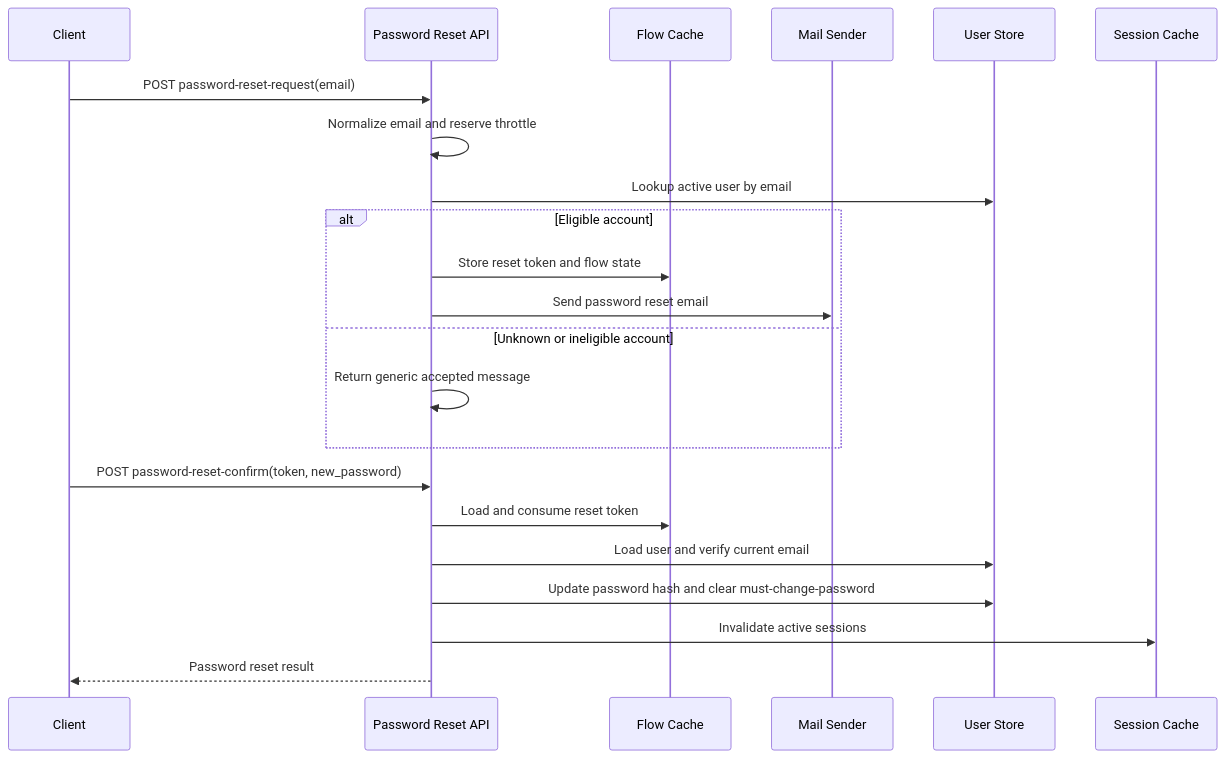
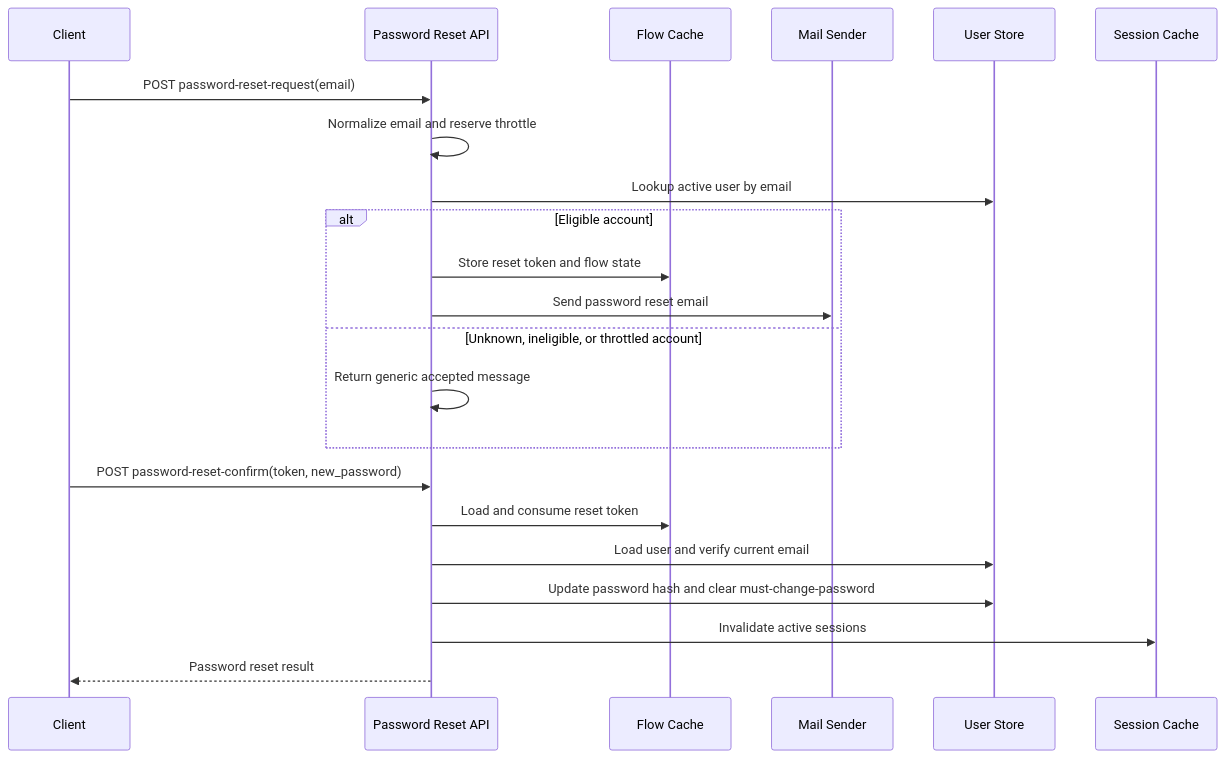
The third of 4 diagrams in module/iam/email_interfaces.md (hydroan/gst), drawn with Mermaid before and after one commit. The commit also changed other lines of this file, not shown here.

````diff
--- a/module/iam/email_interfaces.md
+++ b/module/iam/email_interfaces.md
@@ -81,25 +89,25 @@
 ```mermaid
 sequenceDiagram
     participant Client
     participant API as Password Reset API
     participant Cache as Flow Cache
     participant Mail as Mail Sender
     participant User as User Store
     participant Session as Session Cache
 
     Client->>API: POST password-reset-request(email)
     API->>API: Normalize email and reserve throttle
     API->>User: Lookup active user by email
     alt Eligible account
         API->>Cache: Store reset token and flow state
         API->>Mail: Send password reset email
-    else Unknown or ineligible account
+    else Unknown, ineligible, or throttled account
         API->>API: Return generic accepted message
     end
     Client->>API: POST password-reset-confirm(token, new_password)
     API->>Cache: Load and consume reset token
     API->>User: Load user and verify current email
     API->>User: Update password hash and clear must-change-password
     API->>Session: Invalidate active sessions
     API-->>Client: Password reset result
 ```
````
